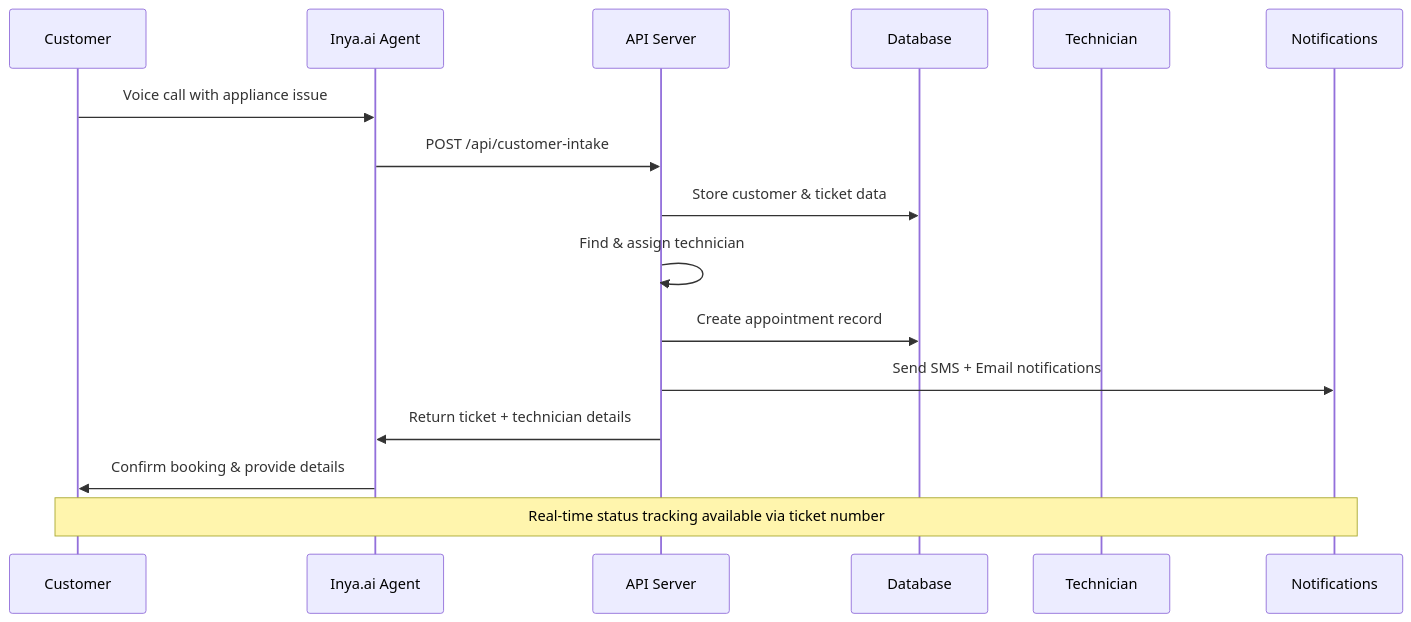
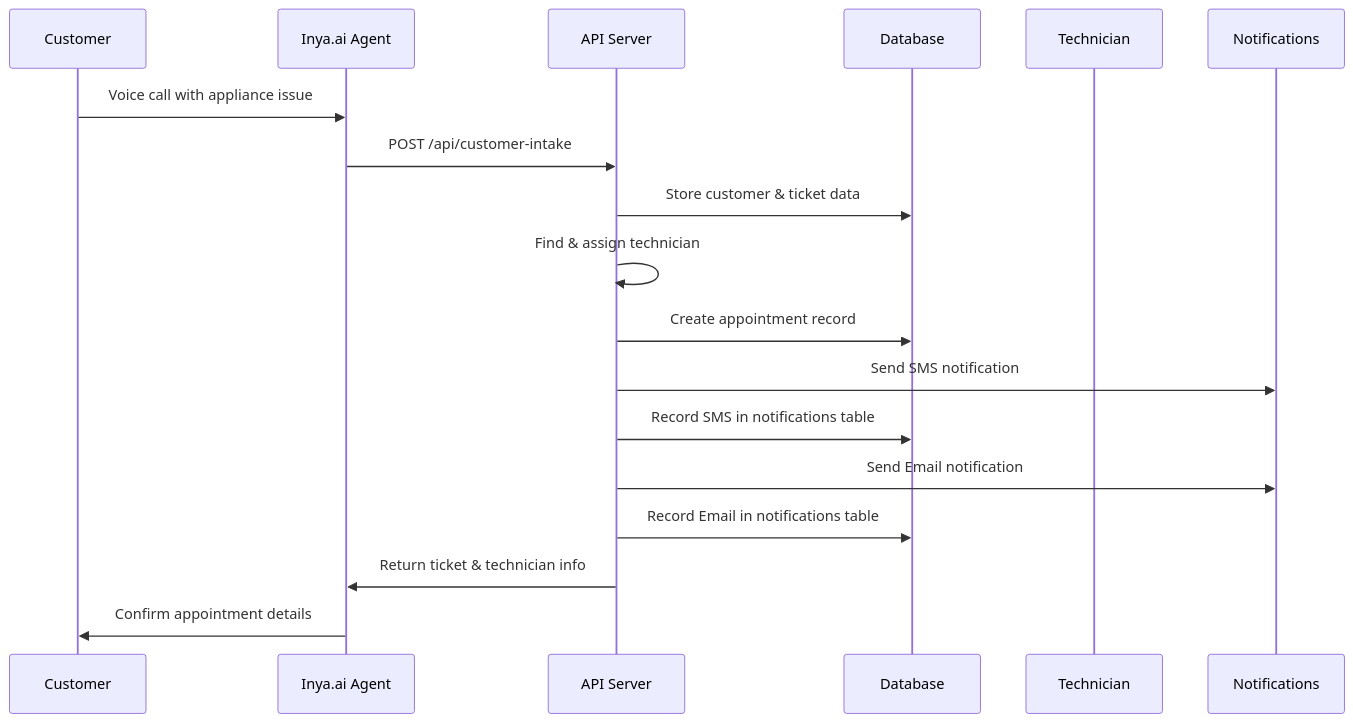
The second of 4 diagrams in README.md (vimalrajaj/consumer_durables_api), drawn with Mermaid before and after one commit. The commit also changed other lines of this file and 8 other files, not shown here.

````diff
--- a/README.md
+++ b/README.md
@@ -88,20 +147,21 @@
 ```mermaid
 sequenceDiagram
     participant C as Customer
     participant I as Inya.ai Agent
     participant A as API Server
     participant D as Database
     participant T as Technician
     participant N as Notifications
     
     C->>I: Voice call with appliance issue
     I->>A: POST /api/customer-intake
     A->>D: Store customer & ticket data
     A->>A: Find & assign technician
     A->>D: Create appointment record
-    A->>N: Send SMS + Email notifications
-    A->>I: Return ticket + technician details
-    I->>C: Confirm booking & provide details
-    
-    Note over C,N: Real-time status tracking available via ticket number
+    A->>N: Send SMS notification
+    A->>D: Record SMS in notifications table
+    A->>N: Send Email notification
+    A->>D: Record Email in notifications table
+    A->>I: Return ticket & technician info
+    I->>C: Confirm appointment details
 ```
````
